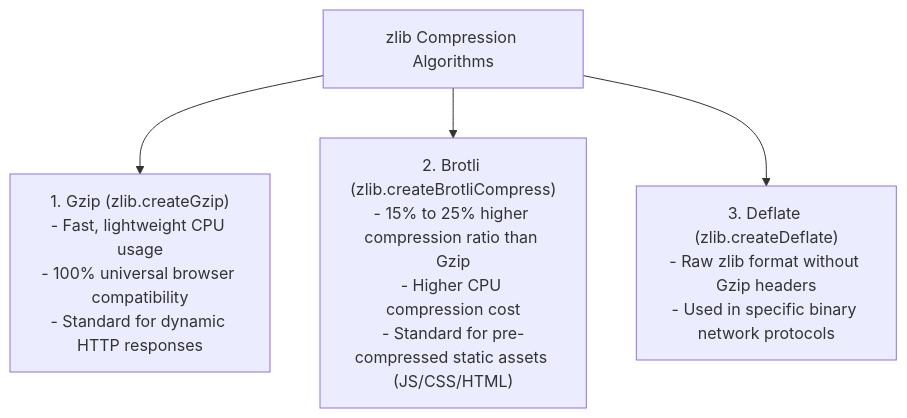
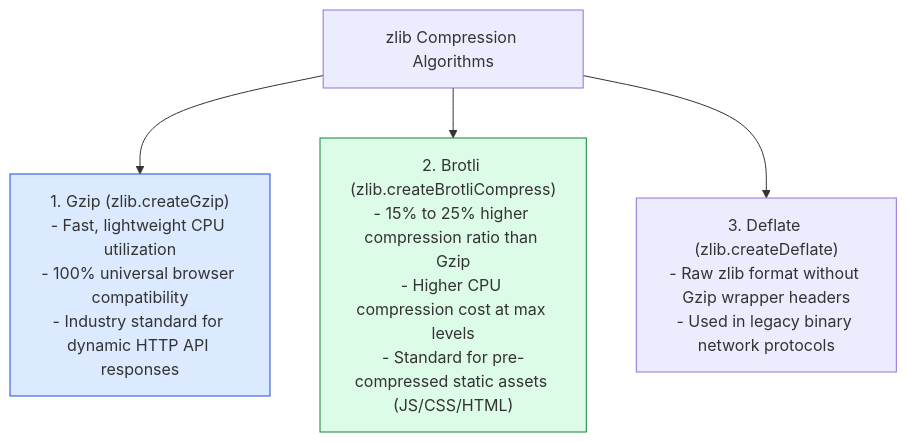
The first of 3 diagrams in nodejs-notes/22-zlib-compression.md (Amie-dev/engineering-playbook), drawn with Mermaid before and after one commit. The commit also changed other lines of this file and 31 other files, not shown here.

````diff
--- a/nodejs-notes/22-zlib-compression.md
+++ b/nodejs-notes/22-zlib-compression.md
@@ -13,6 +15,9 @@
 ```mermaid
-graph TD
-    Algorithms[zlib Compression Algorithms] --> Gzip["1. Gzip (zlib.createGzip)<br/>- Fast, lightweight CPU usage<br/>- 100% universal browser compatibility<br/>- Standard for dynamic HTTP responses"]
-    Algorithms --> Brotli["2. Brotli (zlib.createBrotliCompress)<br/>- 15% to 25% higher compression ratio than Gzip<br/>- Higher CPU compression cost<br/>- Standard for pre-compressed static assets (JS/CSS/HTML)"]
-    Algorithms --> Deflate["3. Deflate (zlib.createDeflate)<br/>- Raw zlib format without Gzip headers<br/>- Used in specific binary network protocols"]
+flowchart TD
+    Algorithms[zlib Compression Algorithms] --> Gzip["1. Gzip (zlib.createGzip)<br/>- Fast, lightweight CPU utilization<br/>- 100% universal browser compatibility<br/>- Industry standard for dynamic HTTP API responses"]
+    Algorithms --> Brotli["2. Brotli (zlib.createBrotliCompress)<br/>- 15% to 25% higher compression ratio than Gzip<br/>- Higher CPU compression cost at max levels<br/>- Standard for pre-compressed static assets (JS/CSS/HTML)"]
+    Algorithms --> Deflate["3. Deflate (zlib.createDeflate)<br/>- Raw zlib format without Gzip wrapper headers<br/>- Used in legacy binary network protocols"]
+
+    style Brotli fill:#dcfce7,stroke:#15803d
+    style Gzip fill:#dbeafe,stroke:#1d4ed8
 ```
````
